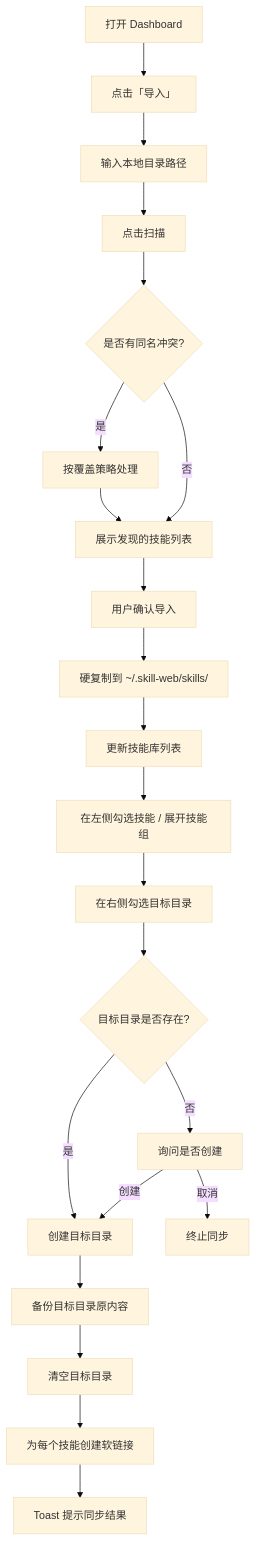
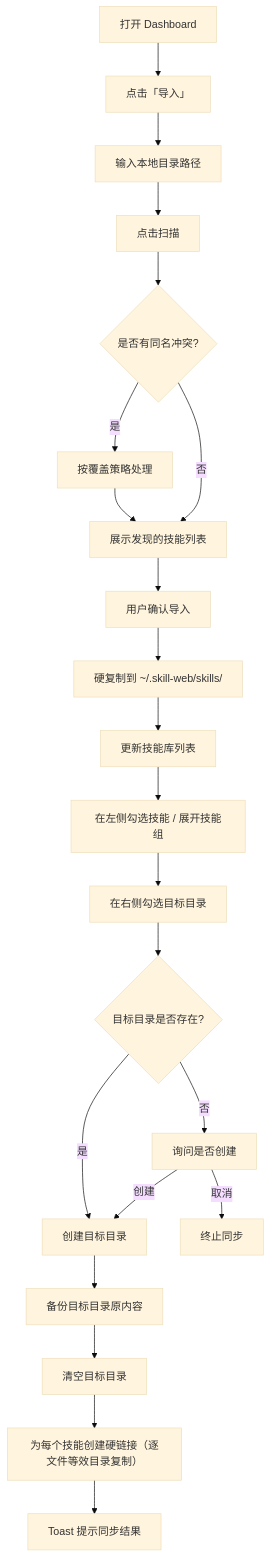
One commit to Aubyn/skill-web changed the first of 4 diagrams in docs/plan/skill-web-需求规格说明书.md. Above: the diagram before and after it, drawn with Mermaid (base theme). The commit also changed other lines of this file, not shown here.

````diff
--- a/docs/plan/skill-web-需求规格说明书.md
+++ b/docs/plan/skill-web-需求规格说明书.md
@@ -42,24 +42,24 @@
 ```mermaid
 flowchart TD
     A[打开 Dashboard] --> B[点击「导入」]
     B --> C[输入本地目录路径]
     C --> D[点击扫描]
     D --> E{是否有同名冲突?}
     E -->|是| F[按覆盖策略处理]
     E -->|否| G[展示发现的技能列表]
     F --> G
     G --> H[用户确认导入]
     H --> I[硬复制到 ~/.skill-web/skills/]
     I --> J[更新技能库列表]
     J --> K[在左侧勾选技能 / 展开技能组]
     K --> L[在右侧勾选目标目录]
     L --> M{目标目录是否存在?}
     M -->|否| N[询问是否创建]
     N -->|创建| O[创建目标目录]
     N -->|取消| P[终止同步]
     M -->|是| O
     O --> Q[备份目标目录原内容]
     Q --> R[清空目标目录]
-    R --> S[为每个技能创建软链接]
+    R --> S[为每个技能创建硬链接（逐文件等效目录复制）]
     S --> T[Toast 提示同步结果]
 ```
````
